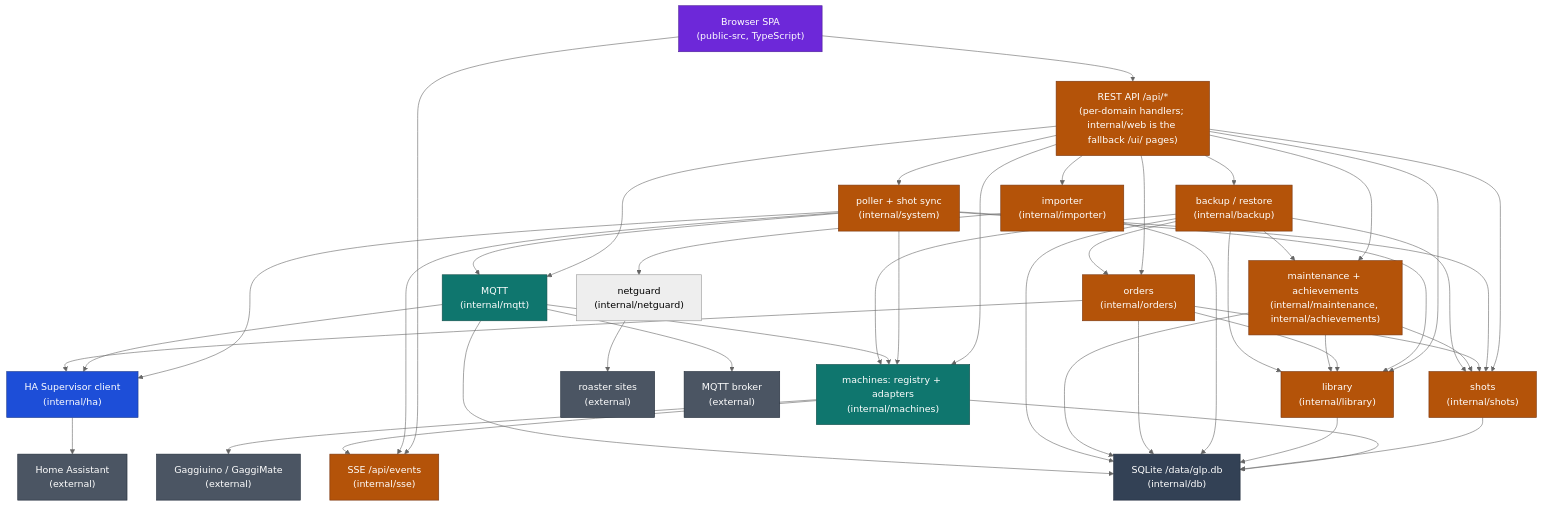
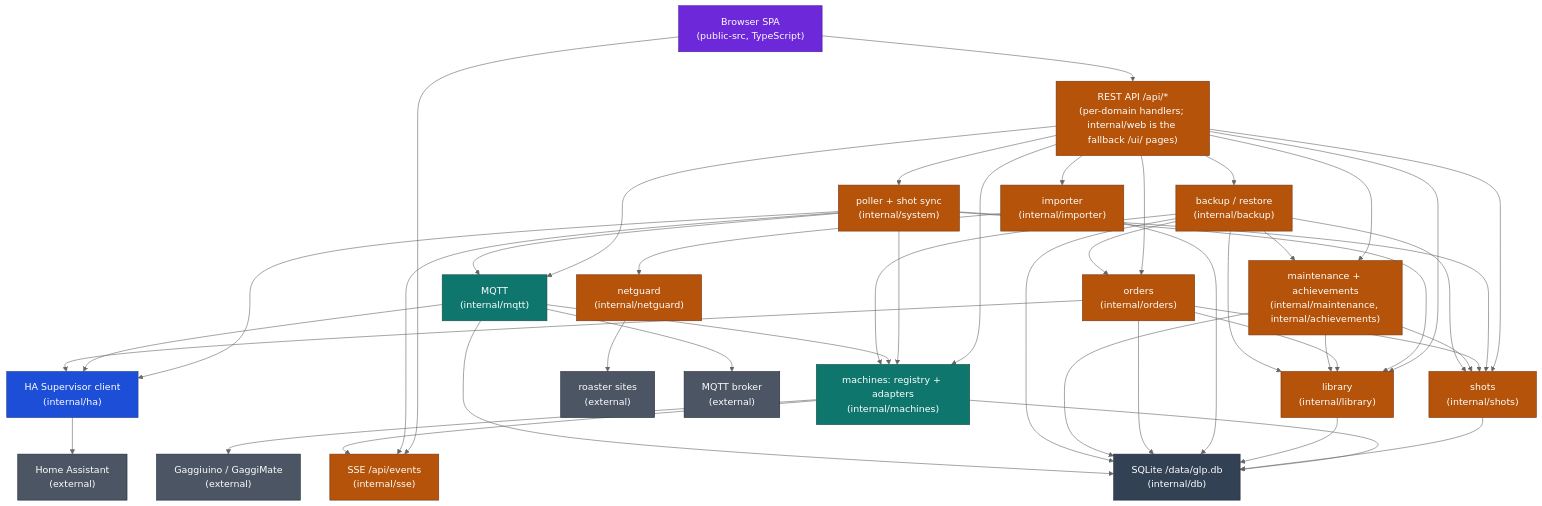
Before and after one commit to mxkissnr/gaggiuino-local-profiler: the second of 2 diagrams in README.md, drawn with Mermaid (neutral theme).

Commit message:
docs: colour the netguard node in the internals diagram
NET was declared and wired (importer -> netguard -> roaster sites) but never added to a class statement, so it kept Mermaid's default grey styling. Add it to the app class alongside the other domain packages, so all 19 nodes carry a classDef.

Part of #1180

```diff
--- a/README.md
+++ b/README.md
@@ -341,7 +341,7 @@
   classDef store fill:#334155,stroke:#1e293b,color:#fff
   classDef ext fill:#4b5563,stroke:#1f2937,color:#fff
   class SPA fe
-  class API,SSE,POLL,SHOTS,LIB,IMP,ORD,MAINT,BACKUP app
+  class API,SSE,POLL,SHOTS,LIB,IMP,ORD,MAINT,BACKUP,NET app
   class MACH,MQTT machine
   class DB store
   class HA ha
```
